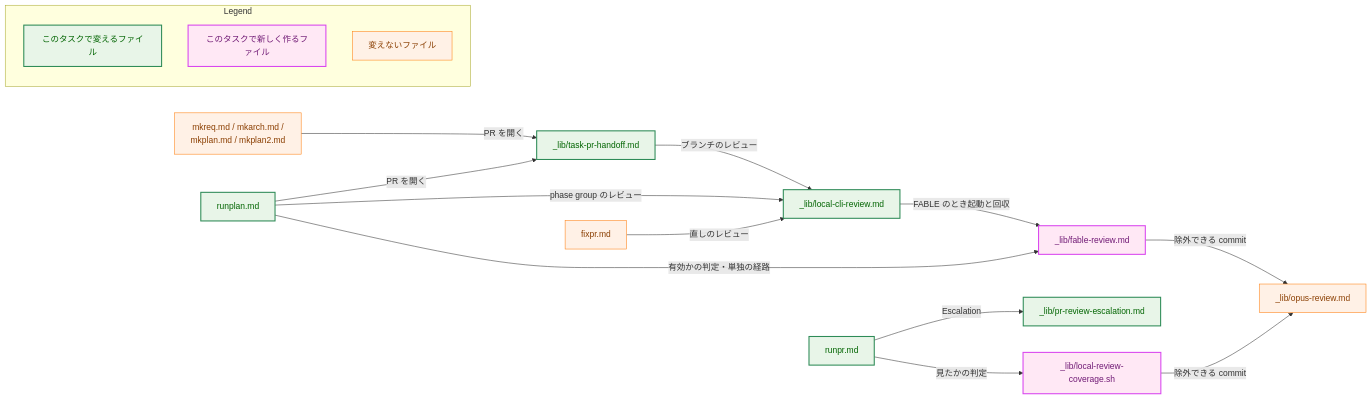
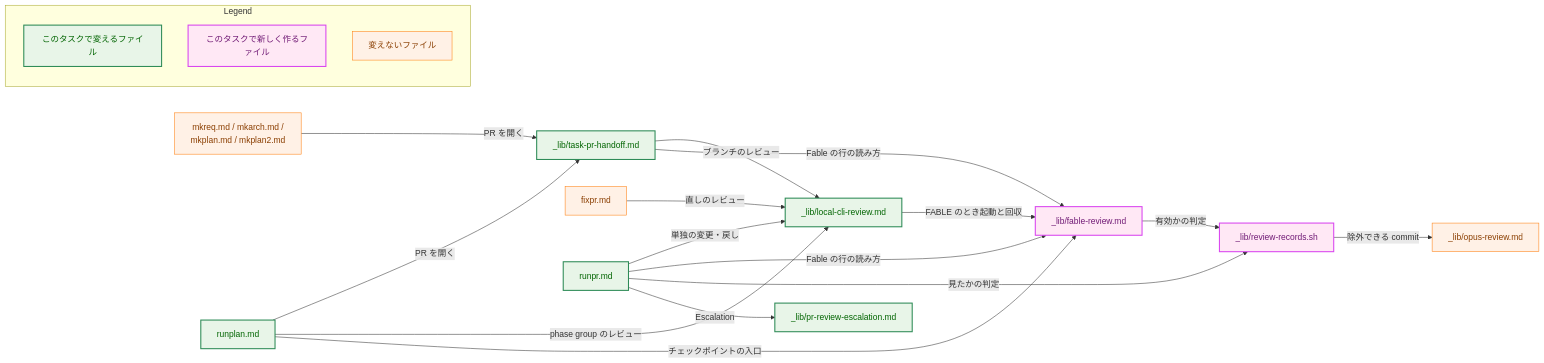
Before and after one commit to isseis/yt2column: the second of 7 diagrams in docs/tasks/0098_fable_partial_review/02_architecture.md, drawn with Mermaid. The commit also changed other lines of this file and 4 other files, not shown here.

First line of the commit message:
docs(0098): apply the review fixes to the architecture

````diff
--- a/docs/tasks/0098_fable_partial_review/02_architecture.md
+++ b/docs/tasks/0098_fable_partial_review/02_architecture.md
@@ -117,42 +133,45 @@
 ```mermaid
 flowchart LR
     classDef process fill:#fff1e6,stroke:#ff7f0e,stroke-width:1px,color:#8a3e00;
     classDef enhanced fill:#e8f5e8,stroke:#2e8b57,stroke-width:2px,color:#006400;
     classDef newpkg fill:#ffe8f5,stroke:#d946ef,stroke-width:2px,color:#701a75;
 
     MK["mkreq.md / mkarch.md /<br>mkplan.md / mkplan2.md"]
     HANDOFF["_lib/task-pr-handoff.md"]
     RUNPLAN["runplan.md"]
     LOCAL["_lib/local-cli-review.md"]
     FIXPR["fixpr.md"]
     FABLE["_lib/fable-review.md"]
     OPUS["_lib/opus-review.md"]
     RUNPR["runpr.md"]
     ESC["_lib/pr-review-escalation.md"]
-    COVER["_lib/local-review-coverage.sh"]
+    JUDGE["_lib/review-records.sh"]
 
     MK -->|"PR を開く"| HANDOFF
     RUNPLAN -->|"PR を開く"| HANDOFF
     HANDOFF -->|"ブランチのレビュー"| LOCAL
     RUNPLAN -->|"phase group のレビュー"| LOCAL
     FIXPR -->|"直しのレビュー"| LOCAL
+    RUNPR -->|"単独の変更・戻し"| LOCAL
     LOCAL -->|"FABLE のとき起動と回収"| FABLE
-    RUNPLAN -->|"有効かの判定・単独の経路"| FABLE
-    FABLE -->|"除外できる commit"| OPUS
+    RUNPLAN -->|"チェックポイントの入口"| FABLE
+    HANDOFF -->|"Fable の行の読み方"| FABLE
+    RUNPR -->|"Fable の行の読み方"| FABLE
+    FABLE -->|"有効かの判定"| JUDGE
+    RUNPR -->|"見たかの判定"| JUDGE
     RUNPR -->|"Escalation"| ESC
-    RUNPR -->|"見たかの判定"| COVER
-    COVER -->|"除外できる commit"| OPUS
+    JUDGE -->|"除外できる commit"| OPUS
 
     class MK,FIXPR,OPUS process
     class HANDOFF,RUNPLAN,LOCAL,RUNPR,ESC enhanced
-    class FABLE,COVER newpkg
+    class FABLE,JUDGE newpkg
 
     subgraph Legend["Legend"]
         L1["このタスクで変えるファイル"]
         L2["このタスクで新しく作るファイル"]
         L3["変えないファイル"]
     end
     class L1 enhanced
     class L2 newpkg
     class L3 process
 ```
````
